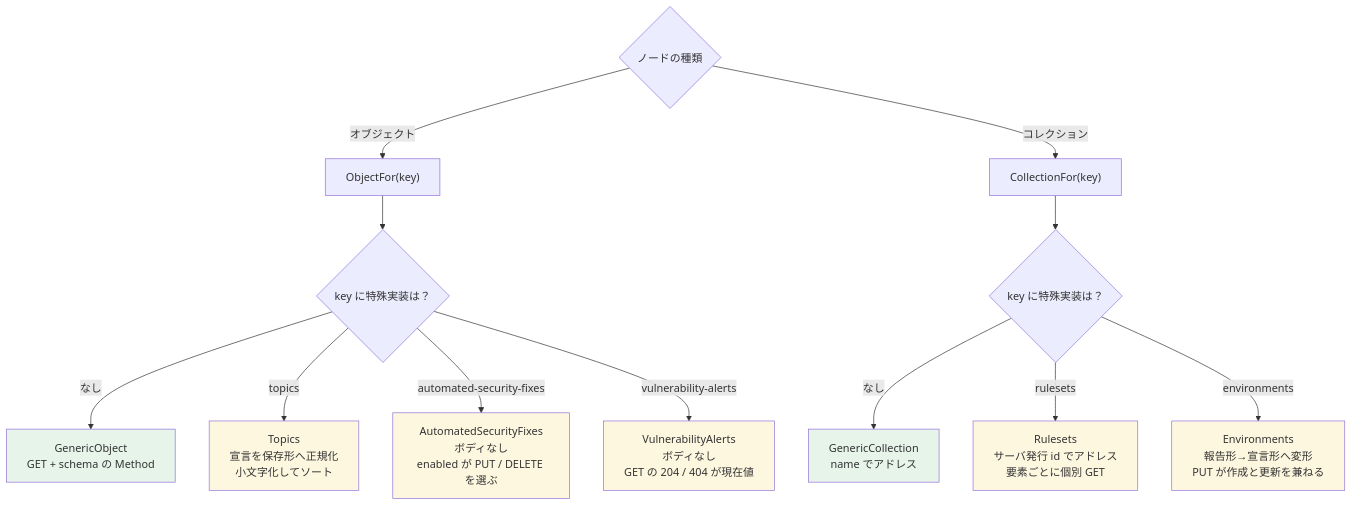
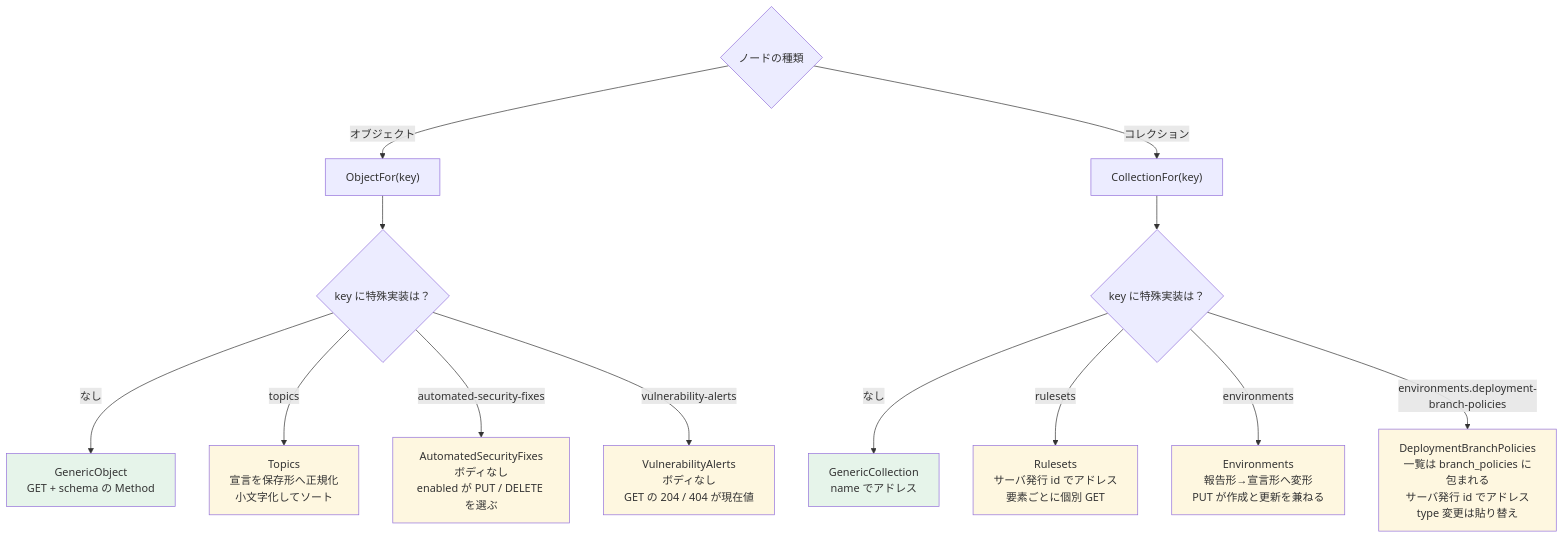
Before and after one commit to kota65535/ghs: the fourth of 5 diagrams in docs/architecture.md, drawn with Mermaid. The commit also changed other lines of this file and 10 other files, not shown here.

First line of the commit message:
feat(environments): manage deployment branch policies

````diff
--- a/docs/architecture.md
+++ b/docs/architecture.md
@@ -112,24 +112,26 @@
 ```mermaid
 graph TD
     Q{"ノードの種類"}
     Q -->|オブジェクト| O["ObjectFor(key)"]
     Q -->|コレクション| CO["CollectionFor(key)"]
 
     O --> OG0{"key に特殊実装は？"}
     OG0 -->|なし| OG["GenericObject<br/>GET + schema の Method"]
     OG0 -->|topics| TP["Topics<br/>宣言を保存形へ正規化<br/>小文字化してソート"]
     OG0 -->|automated-security-fixes| SF["AutomatedSecurityFixes<br/>ボディなし<br/>enabled が PUT / DELETE を選ぶ"]
     OG0 -->|vulnerability-alerts| VA["VulnerabilityAlerts<br/>ボディなし<br/>GET の 204 / 404 が現在値"]
     CO --> CG{"key に特殊実装は？"}
     CG -->|なし| GC["GenericCollection<br/>name でアドレス"]
     CG -->|rulesets| RS["Rulesets<br/>サーバ発行 id でアドレス<br/>要素ごとに個別 GET"]
     CG -->|environments| EN["Environments<br/>報告形→宣言形へ変形<br/>PUT が作成と更新を兼ねる"]
+    CG -->|environments.deployment-branch-policies| DBP["DeploymentBranchPolicies<br/>一覧は branch_policies に包まれる<br/>サーバ発行 id でアドレス<br/>type 変更は貼り替え"]
 
     style OG fill:#e6f4ea
     style GC fill:#e6f4ea
     style TP fill:#fef7e0
     style SF fill:#fef7e0
     style VA fill:#fef7e0
     style RS fill:#fef7e0
     style EN fill:#fef7e0
+    style DBP fill:#fef7e0
 ```
````
